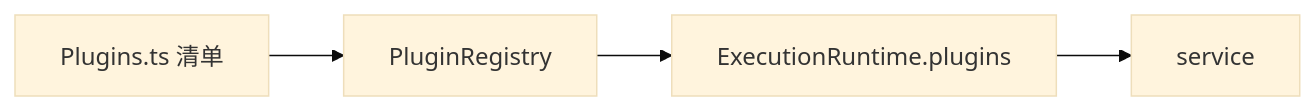
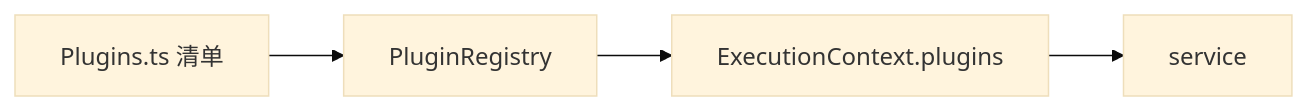
One commit to wangenius/downcity changed the second of 3 diagrams in devdocs/service-and-plugin.md. Above: the diagram before and after it, drawn with Mermaid (base theme). The commit also changed other lines of this file and 168 other files, not shown here.

````diff
--- a/devdocs/service-and-plugin.md
+++ b/devdocs/service-and-plugin.md
@@ -156,6 +156,6 @@
 ```mermaid
 flowchart LR
   PL["Plugins.ts 清单"] --> PR["PluginRegistry"]
-  PR --> ER["ExecutionRuntime.plugins"]
+  PR --> ER["ExecutionContext.plugins"]
   ER --> SV["service"]
 ```
````
